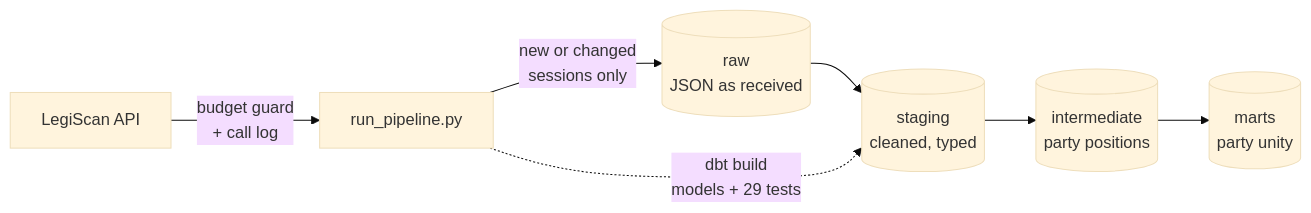
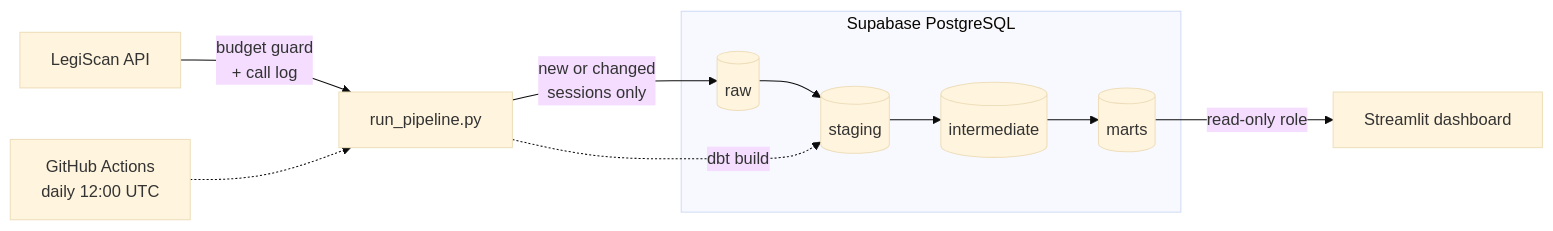
The diagram in README.md (777natalie/ok-legislative-tracker), drawn with Mermaid (base theme) before and after one commit. The commit also changed other lines of this file, not shown here.

Commit message:
Update README with live dashboard, architecture and security

````diff
--- a/README.md
+++ b/README.md
@@ -19,9 +26,11 @@
 ```mermaid
 flowchart LR
     A[LegiScan API] -->|budget guard<br/>+ call log| B[run_pipeline.py]
-    B -->|new or changed<br/>sessions only| C[(raw<br/>JSON as received)]
-    C --> D[(staging<br/>cleaned, typed)]
-    D --> E[(intermediate<br/>party positions)]
-    E --> F[(marts<br/>party unity)]
-    B -.->|dbt build<br/>models + 29 tests| D
+    G[GitHub Actions<br/>daily 12:00 UTC] -.-> B
+    B -->|new or changed<br/>sessions only| C
+    subgraph S[Supabase PostgreSQL]
+        C[(raw)] --> D[(staging)] --> E[(intermediate)] --> F[(marts)]
+    end
+    B -.->|dbt build| D
+    F -->|read-only role| H[Streamlit dashboard]
 ```
````
